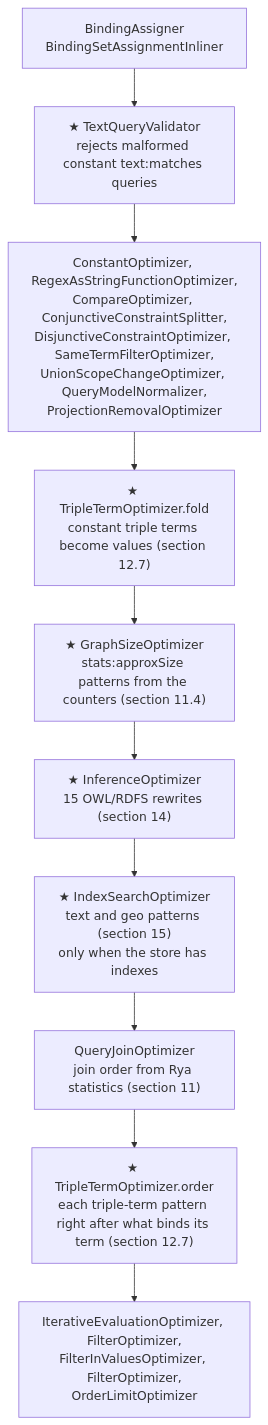
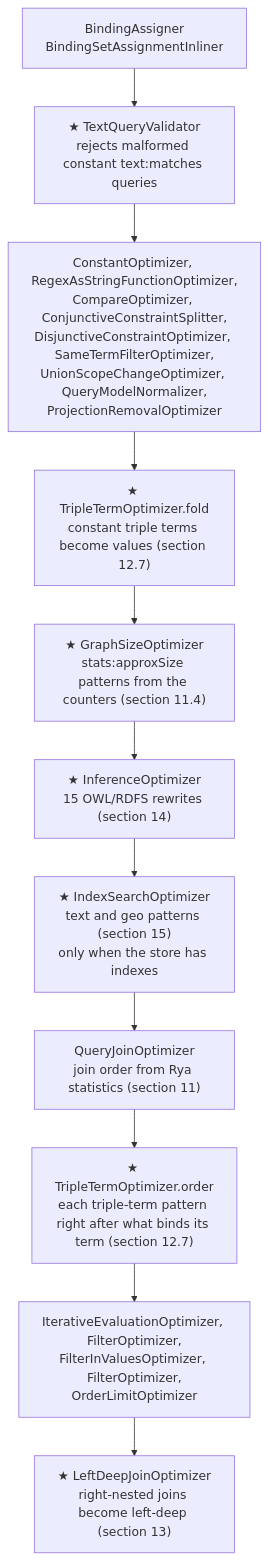
One commit to dgreco/rya-ng changed diagram 12 of 21 in ARCH.md. Above: the diagram before and after it, drawn with Mermaid. The commit also changed other lines of this file and 5 other files, not shown here.

First line of the commit message:
Make joins left-deep so three or more patterns are batched

````diff
--- a/ARCH.md
+++ b/ARCH.md
@@ -891,12 +891,13 @@
 ```mermaid
 flowchart TD
     o1["BindingAssigner<br/>BindingSetAssignmentInliner"] --> o2["★ TextQueryValidator<br/>rejects malformed constant text:matches queries"]
     o2 --> o3["ConstantOptimizer, RegexAsStringFunctionOptimizer,<br/>CompareOptimizer, ConjunctiveConstraintSplitter,<br/>DisjunctiveConstraintOptimizer, SameTermFilterOptimizer,<br/>UnionScopeChangeOptimizer, QueryModelNormalizer,<br/>ProjectionRemovalOptimizer"]
     o3 --> o3a["★ TripleTermOptimizer.fold<br/>constant triple terms become values (section 12.7)"]
     o3a --> o3b["★ GraphSizeOptimizer<br/>stats:approxSize patterns from the counters (section 11.4)"]
     o3b --> o4["★ InferenceOptimizer<br/>15 OWL/RDFS rewrites (section 14)"]
     o4 --> o5["★ IndexSearchOptimizer<br/>text and geo patterns (section 15)<br/>only when the store has indexes"]
     o5 --> o6["QueryJoinOptimizer<br/>join order from Rya statistics (section 11)"]
     o6 --> o6b["★ TripleTermOptimizer.order<br/>each triple-term pattern right after what binds its term (section 12.7)"]
     o6b --> o7["IterativeEvaluationOptimizer, FilterOptimizer,<br/>FilterInValuesOptimizer, FilterOptimizer,<br/>OrderLimitOptimizer"]
+    o7 --> o8["★ LeftDeepJoinOptimizer<br/>right-nested joins become left-deep (section 13)"]
 ```
````
